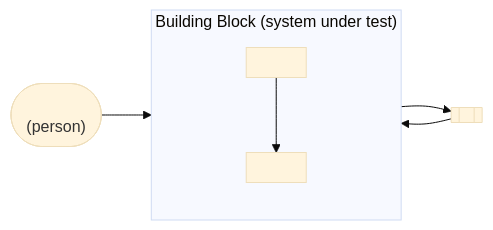
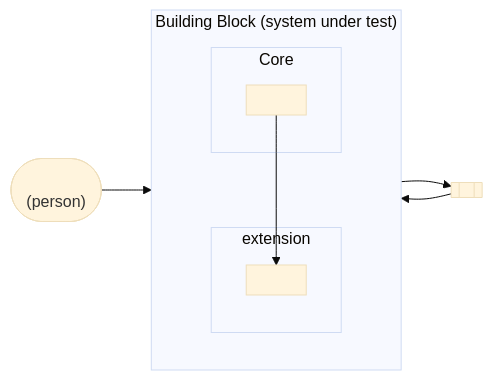
One commit to GovStackWorkingGroup/bb-template changed the second of 2 diagrams in introduction/overview.md. Above: the diagram before and after it, drawn with Mermaid (base theme). The commit also changed other lines of this file and 3 other files, not shown here.

````diff
--- a/introduction/overview.md
+++ b/introduction/overview.md
@@ -111,16 +135,20 @@
 ```mermaid
 flowchart LR
   ActorA(["<Actor><br/>(person)"])
   ActorB[["<Actor>"]]
 
   subgraph SUT["<Building Block name> Building Block (system under test)"]
     direction TB
-    F1["<Functionality name>"]
-    F2["<Functionality name>"]
+    subgraph Core["Core"]
+      F1["<Functionality name>"]
+    end
+    subgraph Ext1["<Extension> extension"]
+      F2["<Functionality name>"]
+    end
     F1 --> F2
   end
 
   ActorA -- "<interaction>" --> F1
   ActorB -- "<interaction>" --> F2
   F2 -- "<interaction>" --> ActorB
 ```
````
